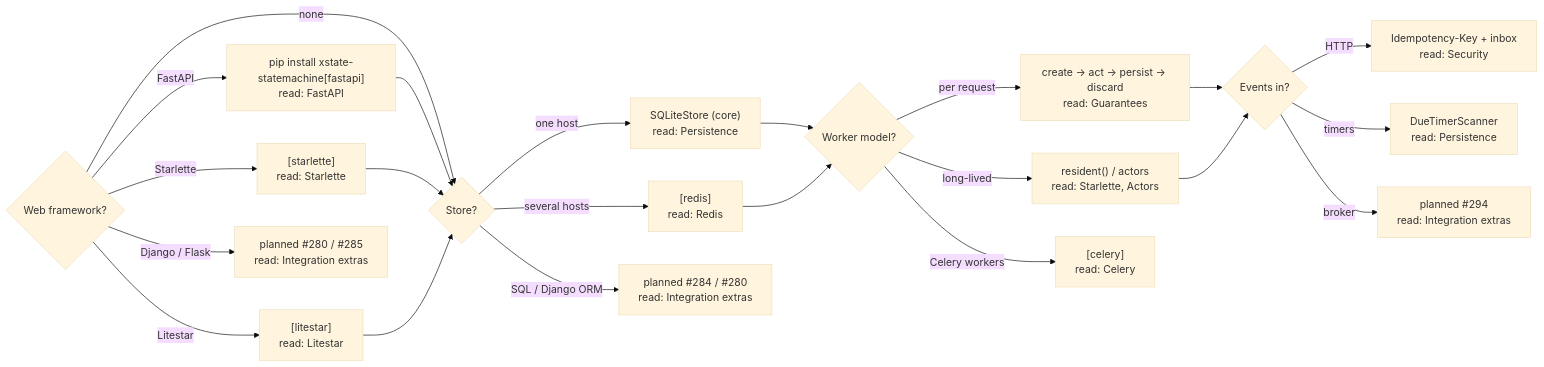
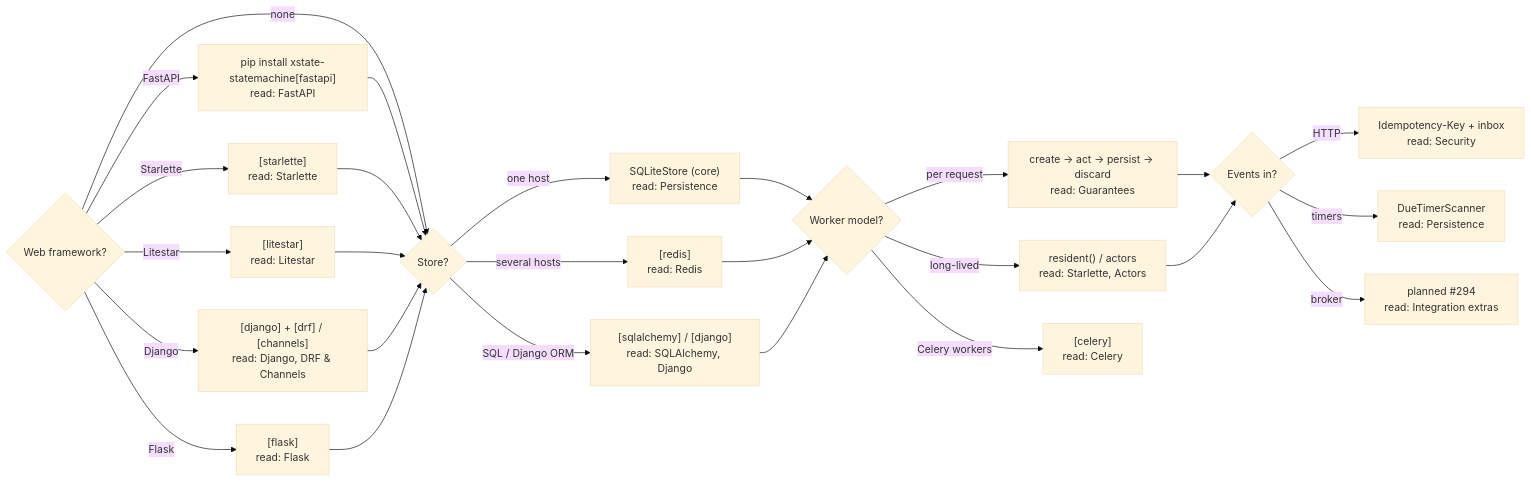
One commit to basiltt/xstate-statemachine changed the diagram in docs/_guide/integrations.md. Above: the diagram before and after it, drawn with Mermaid (base theme). The commit also changed other lines of this file and 40 other files, not shown here.

````diff
--- a/docs/_guide/integrations.md
+++ b/docs/_guide/integrations.md
@@ -16,28 +16,32 @@
 ```mermaid
 flowchart LR
     Q1{Web framework?}
     Q1 -->|FastAPI| FA["pip install xstate-statemachine[fastapi]<br/>read: FastAPI"]
     Q1 -->|Starlette| ST["[starlette]<br/>read: Starlette"]
     Q1 -->|Litestar| LS["[litestar]<br/>read: Litestar"]
-    Q1 -->|Django / Flask| PL1["planned #280 / #285<br/>read: Integration extras"]
+    Q1 -->|Django| DJ["[django] + [drf] / [channels]<br/>read: Django, DRF & Channels"]
+    Q1 -->|Flask| FL["[flask]<br/>read: Flask"]
     Q1 -->|none| Q2
     FA --> Q2
     ST --> Q2
     LS --> Q2
+    DJ --> Q2
+    FL --> Q2
     Q2{Store?}
     Q2 -->|one host| SQ["SQLiteStore (core)<br/>read: Persistence"]
     Q2 -->|several hosts| RD["[redis]<br/>read: Redis"]
-    Q2 -->|SQL / Django ORM| PL2["planned #284 / #280<br/>read: Integration extras"]
+    Q2 -->|SQL / Django ORM| SQL["[sqlalchemy] / [django]<br/>read: SQLAlchemy, Django"]
     SQ --> Q3
     RD --> Q3
+    SQL --> Q3
     Q3{Worker model?}
     Q3 -->|per request| ACT["create → act → persist → discard<br/>read: Guarantees"]
     Q3 -->|long-lived| RES["resident() / actors<br/>read: Starlette, Actors"]
     Q3 -->|Celery workers| PL3["[celery]<br/>read: Celery"]
     ACT --> Q4
     RES --> Q4
     Q4{Events in?}
     Q4 -->|HTTP| HT["Idempotency-Key + inbox<br/>read: Security"]
     Q4 -->|timers| TM["DueTimerScanner<br/>read: Persistence"]
     Q4 -->|broker| PL4["planned #294<br/>read: Integration extras"]
 ```
````
